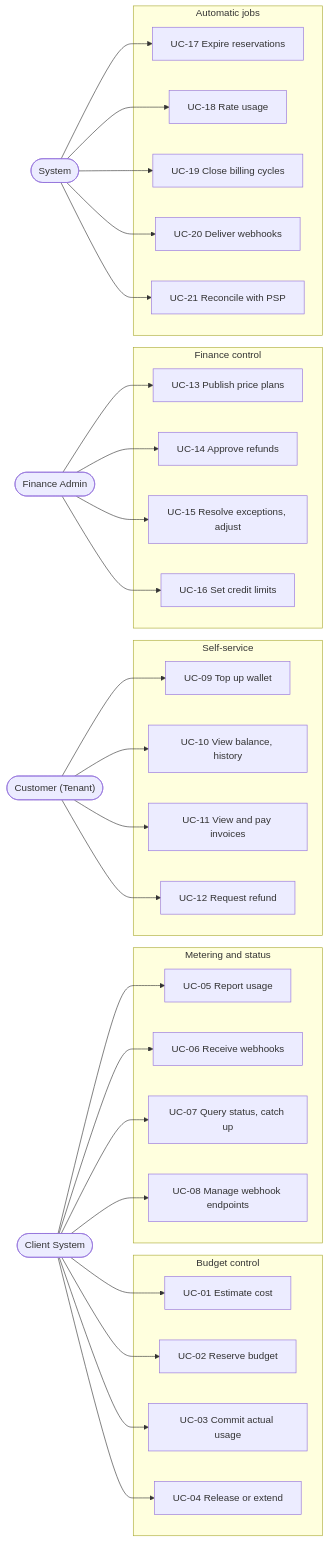
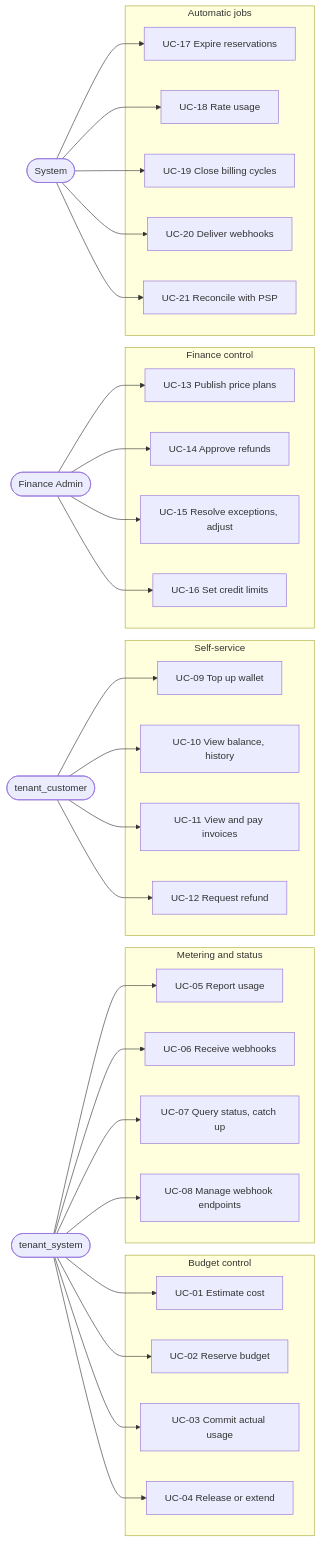
The first of 19 diagrams in generic-billing-system-sdd.md (ninggiangboy/billing-system), drawn with Mermaid before and after one commit. The commit also changed other lines of this file and 4 other files, not shown here.

````diff
--- a/generic-billing-system-sdd.md
+++ b/generic-billing-system-sdd.md
@@ -140,44 +143,44 @@
 ```mermaid
 flowchart LR
-    client(["Client System"])
-    customer(["Customer (Tenant)"])
+    client(["tenant_system"])
+    customer(["tenant_customer"])
     admin(["Finance Admin"])
     system(["System"])
 
     subgraph budget["Budget control"]
         uc1["UC-01 Estimate cost"]
         uc2["UC-02 Reserve budget"]
         uc3["UC-03 Commit actual usage"]
         uc4["UC-04 Release or extend"]
     end
     subgraph integ["Metering and status"]
         uc5["UC-05 Report usage"]
         uc6["UC-06 Receive webhooks"]
         uc7["UC-07 Query status, catch up"]
         uc8["UC-08 Manage webhook endpoints"]
     end
     subgraph self["Self-service"]
         uc9["UC-09 Top up wallet"]
         uc10["UC-10 View balance, history"]
         uc11["UC-11 View and pay invoices"]
         uc12["UC-12 Request refund"]
     end
     subgraph fin["Finance control"]
         uc13["UC-13 Publish price plans"]
         uc14["UC-14 Approve refunds"]
         uc15["UC-15 Resolve exceptions, adjust"]
         uc16["UC-16 Set credit limits"]
     end
     subgraph auto["Automatic jobs"]
         uc17["UC-17 Expire reservations"]
         uc18["UC-18 Rate usage"]
         uc19["UC-19 Close billing cycles"]
         uc20["UC-20 Deliver webhooks"]
         uc21["UC-21 Reconcile with PSP"]
     end
 
     client --> uc1 & uc2 & uc3 & uc4 & uc5 & uc6 & uc7 & uc8
     customer --> uc9 & uc10 & uc11 & uc12
     admin --> uc13 & uc14 & uc15 & uc16
     system --> uc17 & uc18 & uc19 & uc20 & uc21
 ```
````
